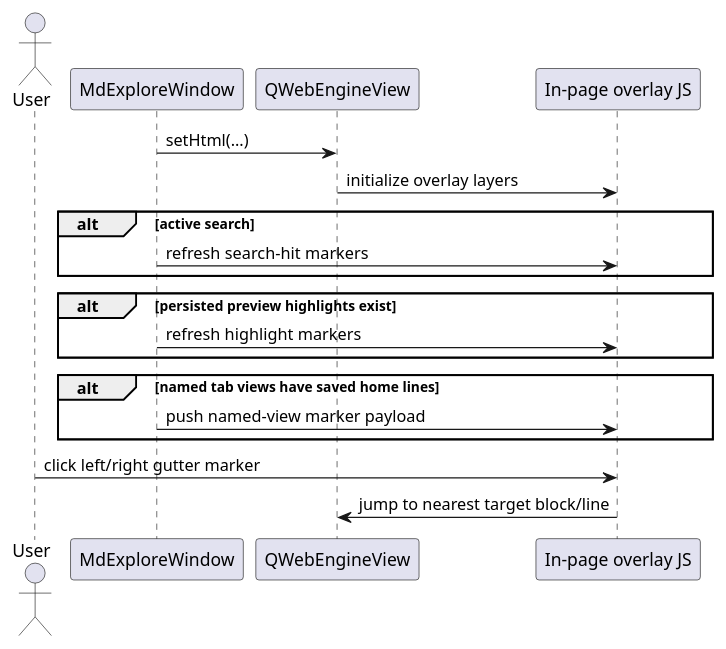
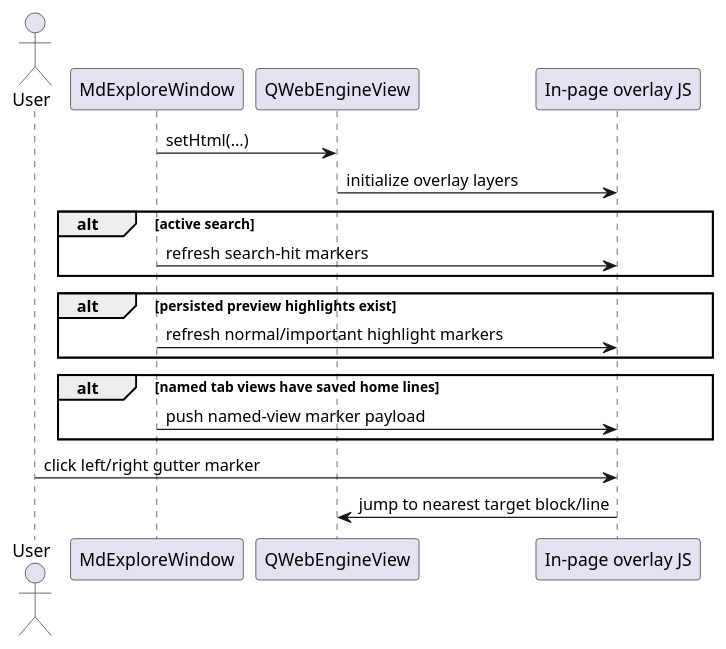
The fifth of 9 diagrams in UML.md (ngpepin/mdexplore), drawn with PlantUML before and after one commit. The commit also changed 4 other files, not shown here.

````diff
--- a/UML.md
+++ b/UML.md
@@ -297,26 +297,26 @@
 ```plantuml
 @startuml
 actor User
 participant "MdExploreWindow" as Win
 participant "QWebEngineView" as Web
 participant "In-page overlay JS" as Overlay
 
 Win -> Web : setHtml(...)
 Web -> Overlay : initialize overlay layers
 
 alt active search
   Win -> Overlay : refresh search-hit markers
 end
 
 alt persisted preview highlights exist
-  Win -> Overlay : refresh highlight markers
+  Win -> Overlay : refresh normal/important highlight markers
 end
 
 alt named tab views have saved home lines
   Win -> Overlay : push named-view marker payload
 end
 
 User -> Overlay : click left/right gutter marker
 Overlay -> Web : jump to nearest target block/line
 @enduml
 ```
````
